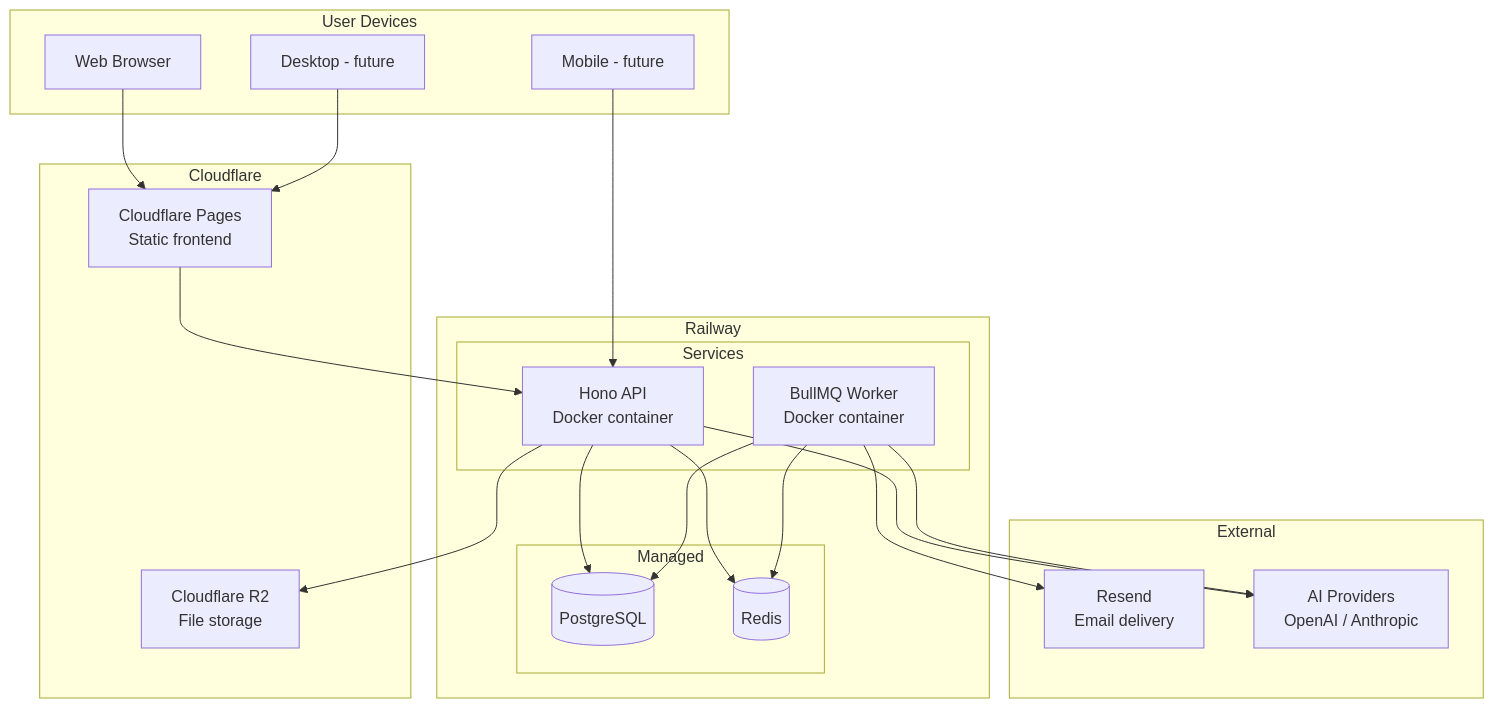
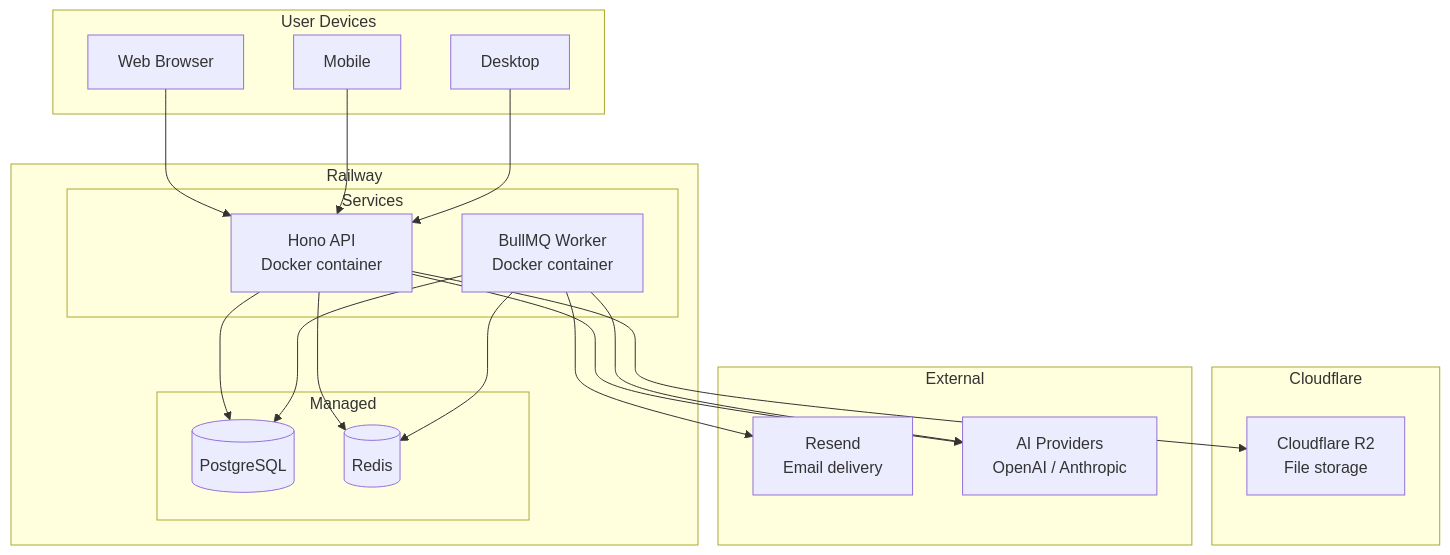
One commit to Dsantiagomj/rumbo changed the seventh of 8 diagrams in docs/ARCHITECTURE.md. Above: the diagram before and after it, drawn with Mermaid. The commit also changed other lines of this file and 4 other files, not shown here.

````diff
--- a/docs/ARCHITECTURE.md
+++ b/docs/ARCHITECTURE.md
@@ -347,44 +374,41 @@
 ```mermaid
 graph TB
     subgraph User Devices
         BROWSER[Web Browser]
-        PHONE[Mobile - future]
-        PC[Desktop - future]
+        PHONE[Mobile]
+        PC[Desktop]
     end
 
     subgraph Railway
         subgraph Services
             API_SVC[Hono API<br/>Docker container]
             WORKER[BullMQ Worker<br/>Docker container]
         end
         subgraph Managed
             PG_DB[(PostgreSQL)]
             REDIS_DB[(Redis)]
         end
     end
 
     subgraph Cloudflare
-        PAGES[Cloudflare Pages<br/>Static frontend]
         R2_STORAGE[Cloudflare R2<br/>File storage]
     end
 
     subgraph External
         RESEND_SVC[Resend<br/>Email delivery]
         AI_PROVIDERS[AI Providers<br/>OpenAI / Anthropic]
     end
 
-    BROWSER --> PAGES
+    BROWSER --> API_SVC
     PHONE --> API_SVC
-    PC --> PAGES
-
-    PAGES --> API_SVC
+    PC --> API_SVC
     API_SVC --> PG_DB
     API_SVC --> REDIS_DB
     API_SVC --> R2_STORAGE
     API_SVC --> AI_PROVIDERS
 
     WORKER --> PG_DB
     WORKER --> REDIS_DB
     WORKER --> RESEND_SVC
     WORKER --> AI_PROVIDERS
 ```
````
